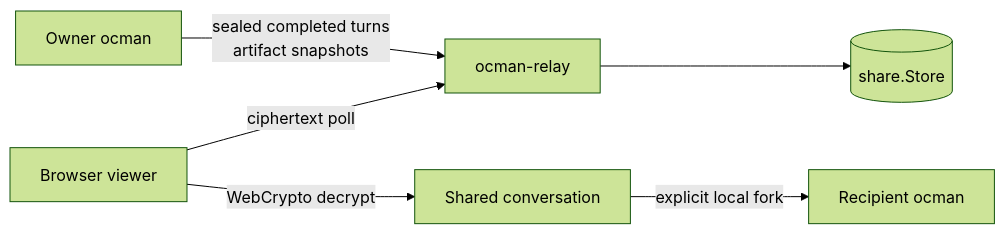
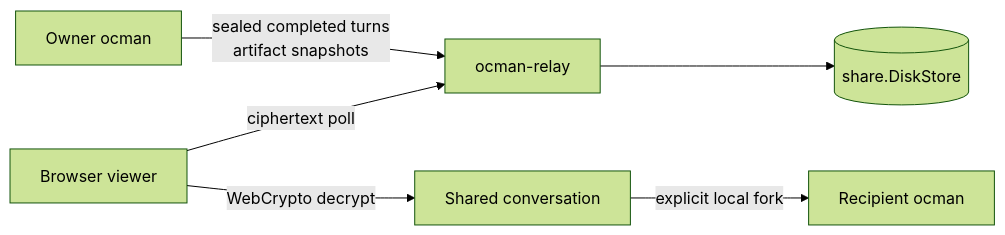
The first of 13 diagrams in docs/other/architecture.md (ocman/ocman), drawn with Mermaid (forest theme) before and after one commit. The commit also changed other lines of this file and 12 other files, not shown here.

First line of the commit message:
refactor(share): use the disk store directly

````diff
--- a/docs/other/architecture.md
+++ b/docs/other/architecture.md
@@ -22,8 +21,8 @@
 ```mermaid
 flowchart LR
     Owner[Owner ocman] -->|sealed completed turns<br/>artifact snapshots| Relay[ocman-relay]
-    Relay --> Store[(share.Store)]
+    Relay --> Store[(share.DiskStore)]
     Viewer[Browser viewer] -->|ciphertext poll| Relay
     Viewer -->|WebCrypto decrypt| Thread[Shared conversation]
     Thread -->|explicit local fork| Local[Recipient ocman]
 ```
````
